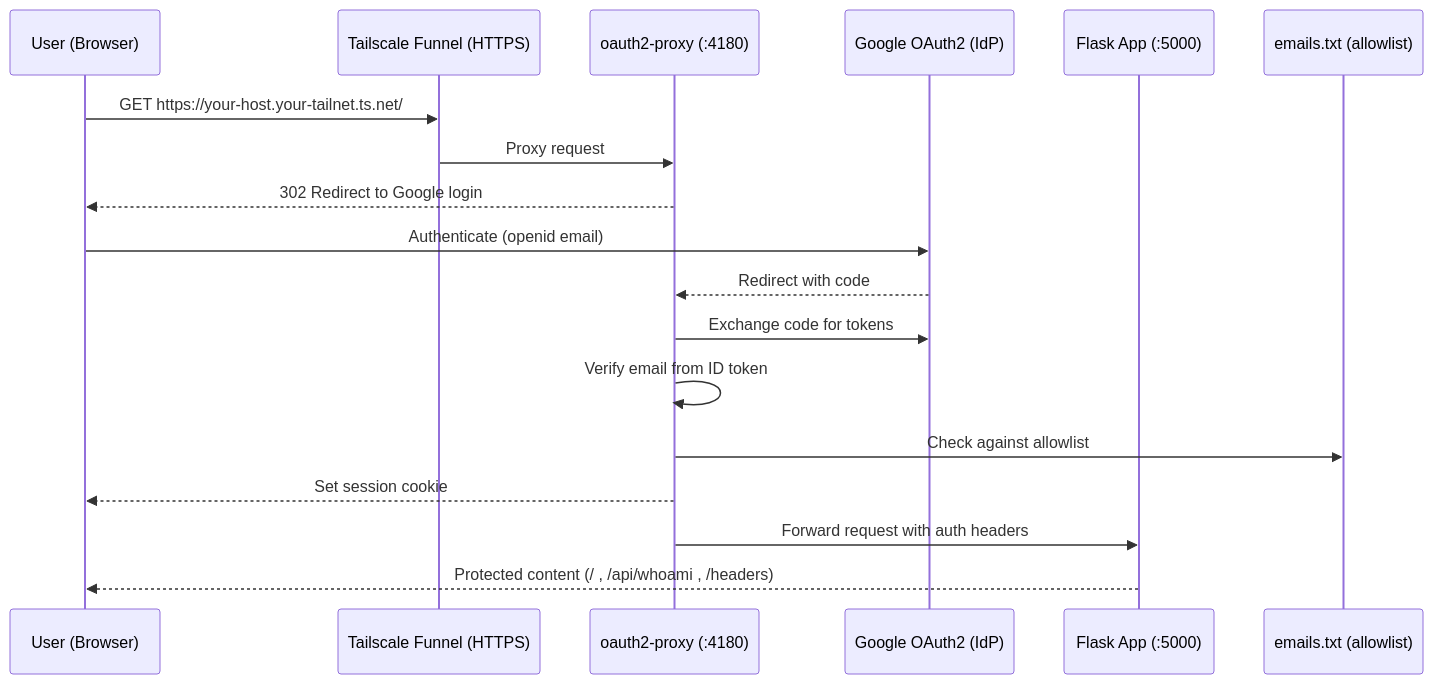
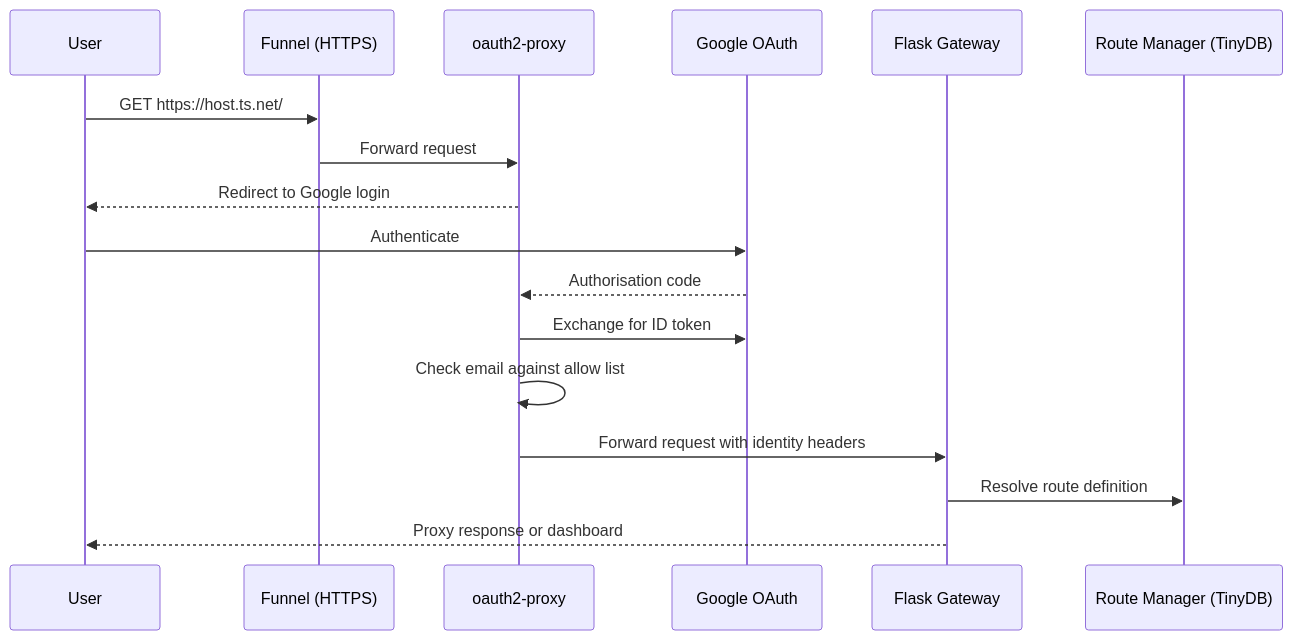
The second of 2 diagrams in README.md (HaiNick/Shark-no-Ninsho-Mon), drawn with Mermaid before and after one commit. The commit also changed other lines of this file and 38 other files, not shown here.

````diff
--- a/README.md
+++ b/README.md
@@ -187,22 +193,20 @@
 ```mermaid
 sequenceDiagram
-  %% End-to-end auth + proxy sequence
-  participant U as User (Browser)
-  participant F as Tailscale Funnel (HTTPS)
-  participant O as oauth2-proxy (:4180)
-  participant G as Google OAuth2 (IdP)
-  participant A as Flask App (:5000)
-  participant E as emails.txt (allowlist)
+  participant U as User
+  participant F as Funnel (HTTPS)
+  participant O as oauth2-proxy
+  participant G as Google OAuth
+  participant A as Flask Gateway
+  participant D as Route Manager (TinyDB)
 
-  U->>F: GET https://your-host.your-tailnet.ts.net/
-  F->>O: Proxy request
-  O-->>U: 302 Redirect to Google login
-  U->>G: Authenticate (openid email)
-  G-->>O: Redirect with code
-  O->>G: Exchange code for tokens
-  O->>O: Verify email from ID token
-  O->>E: Check against allowlist
-  O-->>U: Set session cookie
-  O->>A: Forward request with auth headers
-  A-->>U: Protected content (/ , /api/whoami , /headers)
+  U->>F: GET https://host.ts.net/
+  F->>O: Forward request
+  O-->>U: Redirect to Google login
+  U->>G: Authenticate
+  G-->>O: Authorisation code
+  O->>G: Exchange for ID token
+  O->>O: Check email against allow list
+  O->>A: Forward request with identity headers
+  A->>D: Resolve route definition
+  A-->>U: Proxy response or dashboard
 ```
````
